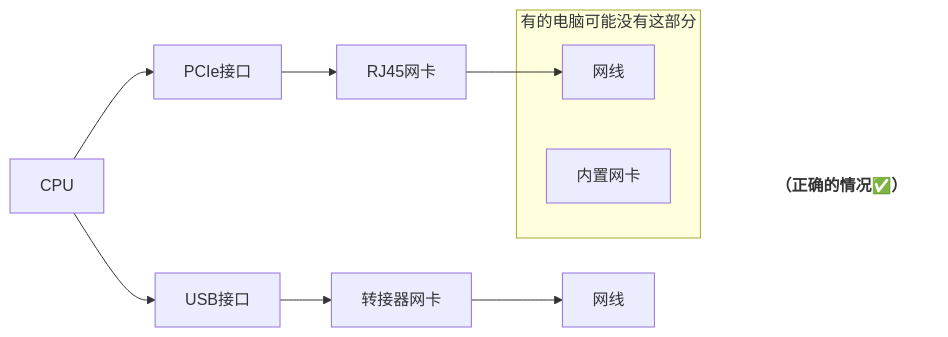
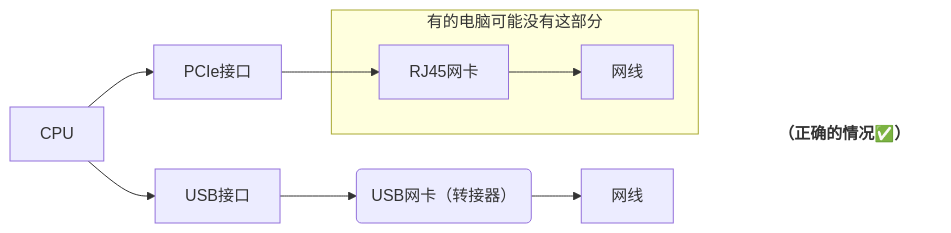
One commit to ZSCNetSupportDept/website changed the second of 2 diagrams in docs/wiki/05-基础知识/09-科普/转接器.md. Above: the diagram before and after it, drawn with Mermaid. The commit also changed other lines of this file and 11 other files, not shown here.

````diff
--- a/docs/wiki/05-基础知识/09-科普/转接器.md
+++ b/docs/wiki/05-基础知识/09-科普/转接器.md
@@ -25,19 +25,19 @@
 ```mermaid
 
 graph LR
 CPU-->PCIe接口-->RJ45网卡-->a[网线]
 subgraph 有的电脑可能没有这部分
-内置网卡
+RJ45网卡
 a[网线]
 end
 
-CPU-->USB接口-->转接器网卡-->b[网线]
+CPU-->USB接口-->m(USB网卡（转接器）)-->b[网线]
 
 title[<b>（正确的情况✅）</b>]
 a-->title
 
 b-->title
 style title fill:#FFF,stroke:#FFF
 linkStyle 6,7 stroke:#FFF,stroke-width:0;
 
 ```
````
